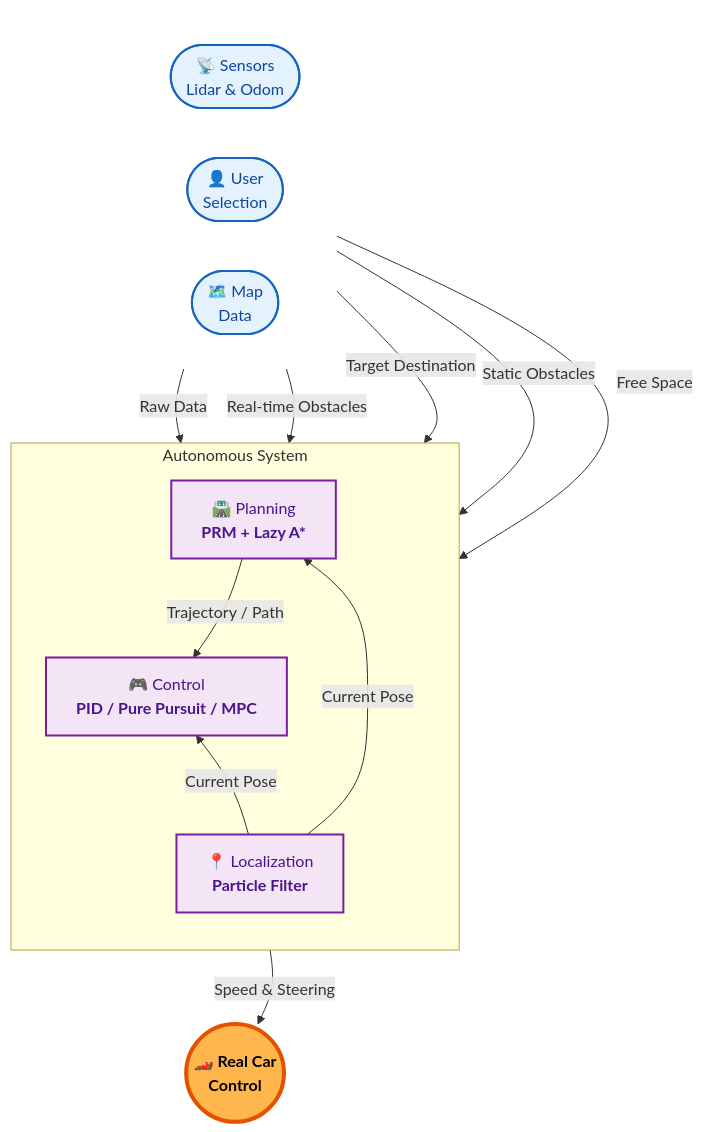
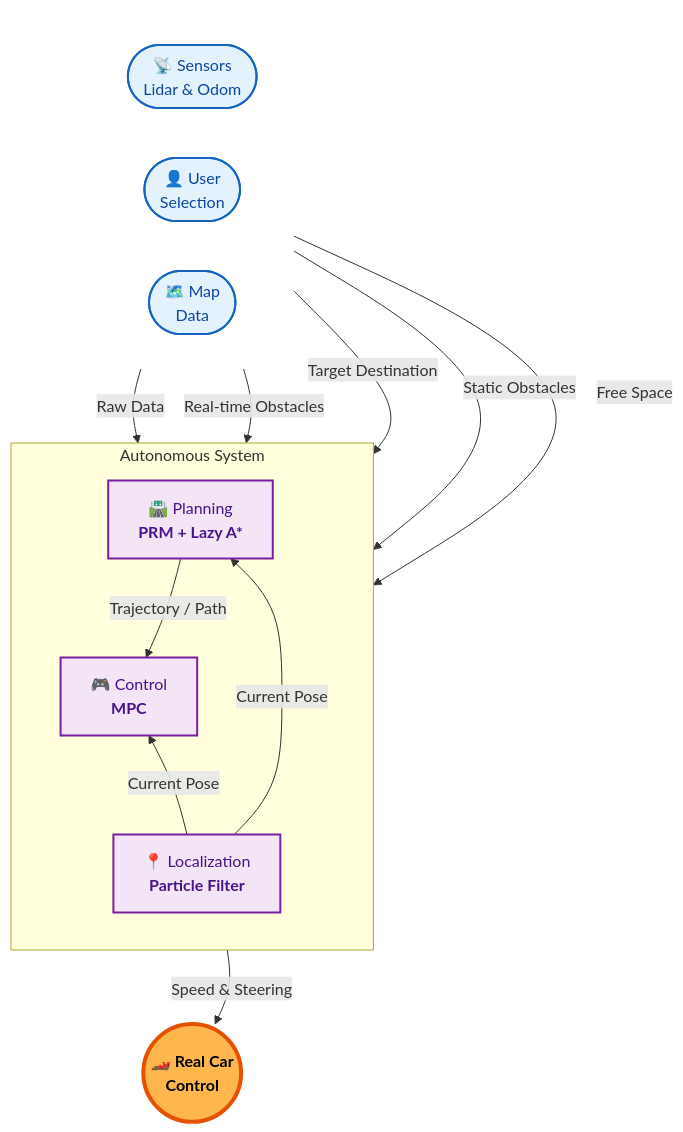
The first of 2 diagrams in README.md (mukimasta/MuSHR-Self-Driving-Project), drawn with Mermaid before and after one commit. The commit also changed other lines of this file, not shown here.

````diff
--- a/README.md
+++ b/README.md
@@ -22,61 +22,61 @@
 ```mermaid
 flowchart TB
     %% Strict Top-Down Layout
     
     %% --- Top Layer: Inputs ---
     subgraph Inputs [ ]
         direction LR
         style Inputs fill:none,stroke:none
         Sensors([📡 Sensors<br/>Lidar & Odom])
         User([👤 User<br/>Selection])
         Map([🗺️ Map<br/>Data])
     end
 
     %% --- Middle Layer: Stack (Vertical) ---
     %% We group them but rely on edges to enforce order
     subgraph Stack [Autonomous System]
         direction TB
         Plan[🛣️ Planning<br/><b>PRM + Lazy A*</b>]
-        Ctrl[🎮 Control<br/><b>PID / Pure Pursuit / MPC</b>]
+        Ctrl[🎮 Control<br/><b>MPC</b>]
         Loc[📍 Localization<br/><b>Particle Filter</b>]
     end
 
     %% --- Bottom Layer: Output ---
     Car((🏎️ Real Car<br/>Control))
 
     %% === Positioning Force (Hidden Edges) ===
     %% These ensure the vertical backbone: Plan -> Ctrl -> Loc -> Car
     %% We anchor the stack under the middle input (User)
     User ~~~ Plan
     Plan ~~~ Ctrl
     Ctrl ~~~ Loc
     Loc ~~~ Car
     
     %% Force Sensors to be left, Map to be right (relative to stack)
     Sensors ~~~ Plan
     Map ~~~ Plan
 
     %% === Real Data Flow ===
     Sensors -->|"Raw Data"| Loc
     Sensors -->|"Real-time Obstacles"| Ctrl
     User -->|"Target Destination"| Plan
     Map -->|"Static Obstacles"| Loc
     Map -->|"Free Space"| Plan
     
     %% Loc is now at bottom, providing feedback UP to Plan and Ctrl
     Loc -->|"Current Pose"| Plan
     Loc -->|"Current Pose"| Ctrl
     
     Plan -->|"Trajectory / Path"| Ctrl
     
     Ctrl -->|"Speed & Steering"| Car
     
     %% === Styling ===
     classDef input fill:#e3f2fd,stroke:#1565c0,stroke-width:2px,color:#0d47a1
     classDef module fill:#f3e5f5,stroke:#7b1fa2,stroke-width:2px,color:#4a148c
     classDef output fill:#ffb74d,stroke:#e65100,stroke-width:4px,color:#000000,font-weight:bold,font-size:16px
     
     class User,Map,Sensors input
     class Loc,Plan,Ctrl module
     class Car output
 ```
````
